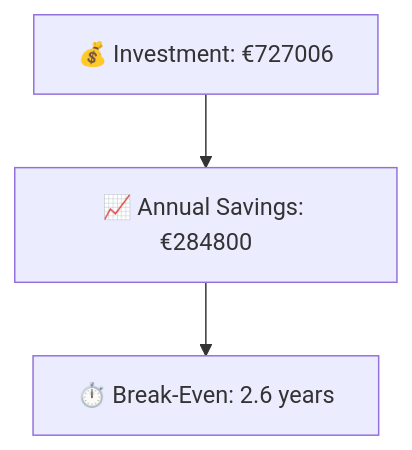
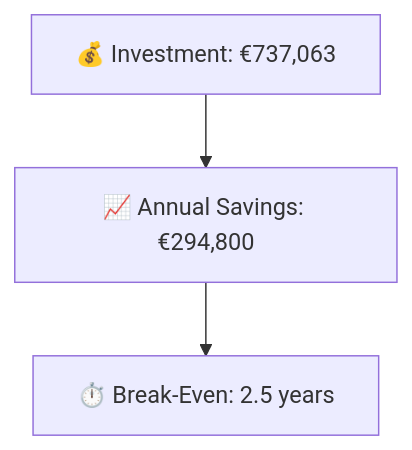
The fourth of 4 diagrams in output/reports/portfolio_report.md (adjendrzcCG/puste), drawn with Mermaid before and after one commit. The commit also changed other lines of this file and 19 other files, not shown here.

````diff
--- a/output/reports/portfolio_report.md
+++ b/output/reports/portfolio_report.md
@@ -65,5 +71,5 @@
 ```mermaid
 graph TD
-    A["💰 Investment: €727006"] --> B["📈 Annual Savings: €284800"]
-    B --> C["⏱️ Break-Even: 2.6 years"]
+    A["💰 Investment: €737,063"] --> B["📈 Annual Savings: €294,800"]
+    B --> C["⏱️ Break-Even: 2.5 years"]
 ```
````
